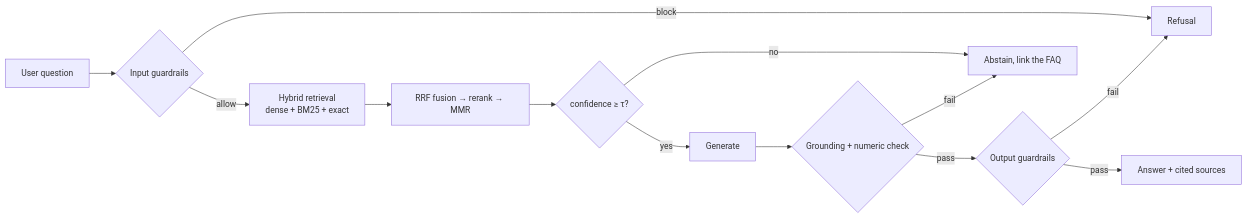
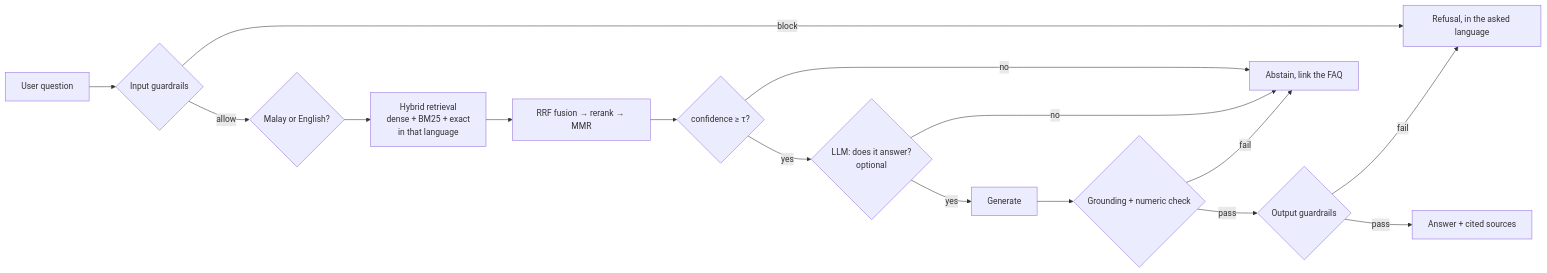
The diagram in README.md (purplingC/tng-faq-rag-system-1), drawn with Mermaid before and after one commit. The commit also changed other lines of this file and 1 other file, not shown here.

Commit message:
Corrected the latency and guardrail claims and documented the language routing

````diff
--- a/README.md
+++ b/README.md
@@ -347,15 +351,18 @@
 ```mermaid
 flowchart LR
   Q["User question"] --> G1{"Input guardrails"}
-  G1 -->|block| BR["Refusal"]
-  G1 -->|allow| R["Hybrid retrieval<br/>dense + BM25 + exact"]
+  G1 -->|block| BR["Refusal, in the asked language"]
+  G1 -->|allow| L{"Malay or English?"}
+  L --> R["Hybrid retrieval<br/>dense + BM25 + exact<br/>in that language"]
   R --> F["RRF fusion → rerank → MMR"]
   F --> AB{"confidence ≥ τ?"}
   AB -->|no| ABST["Abstain, link the FAQ"]
-  AB -->|yes| GEN["Generate"]
+  AB -->|yes| ANS{"LLM: does it answer?<br/>optional"}
+  ANS -->|no| ABST
+  ANS -->|yes| GEN["Generate"]
   GEN --> GR{"Grounding + numeric check"}
   GR -->|fail| ABST
   GR -->|pass| OG{"Output guardrails"}
   OG -->|fail| BR
   OG -->|pass| OUT["Answer + cited sources"]
 ```
````
